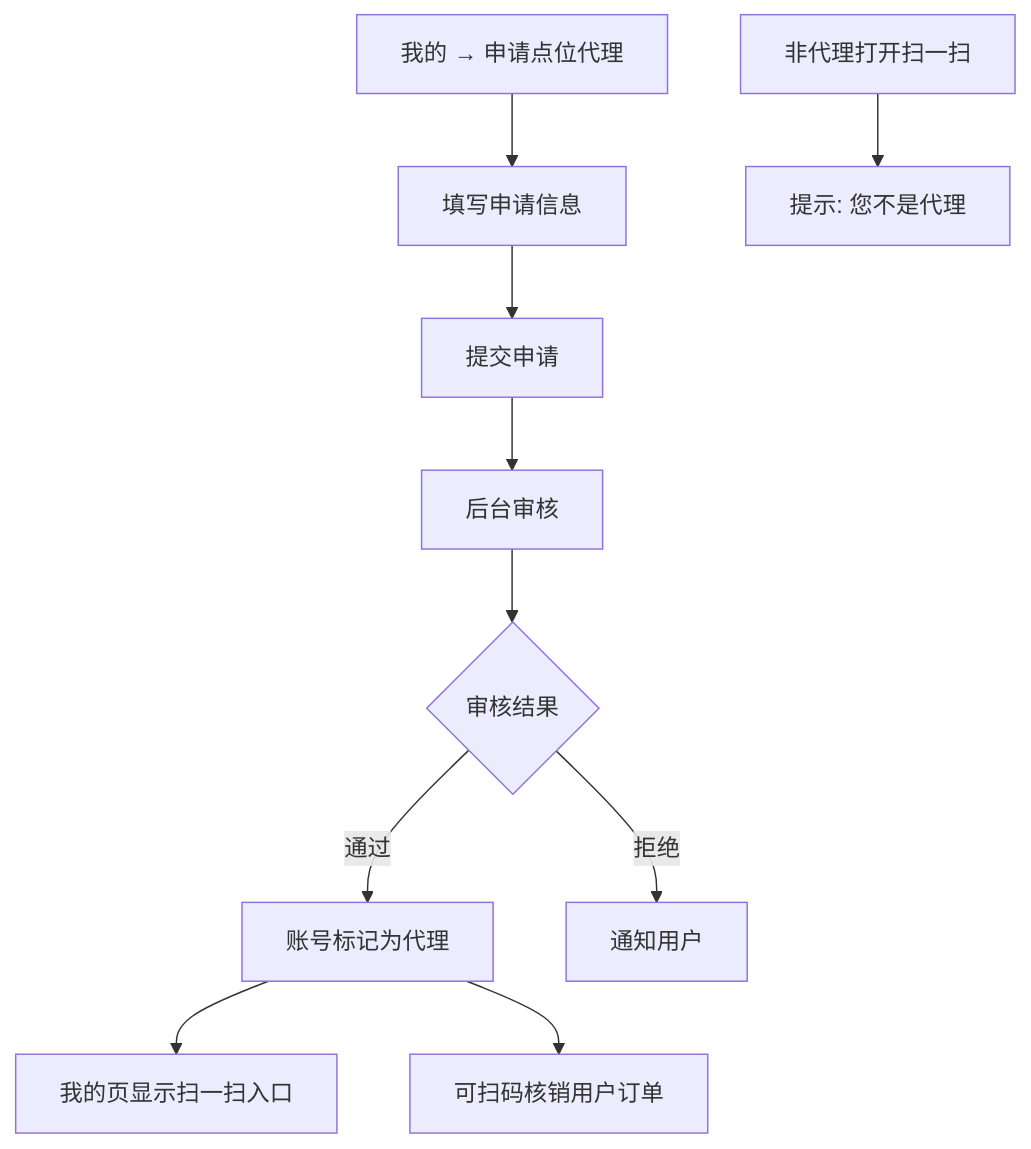
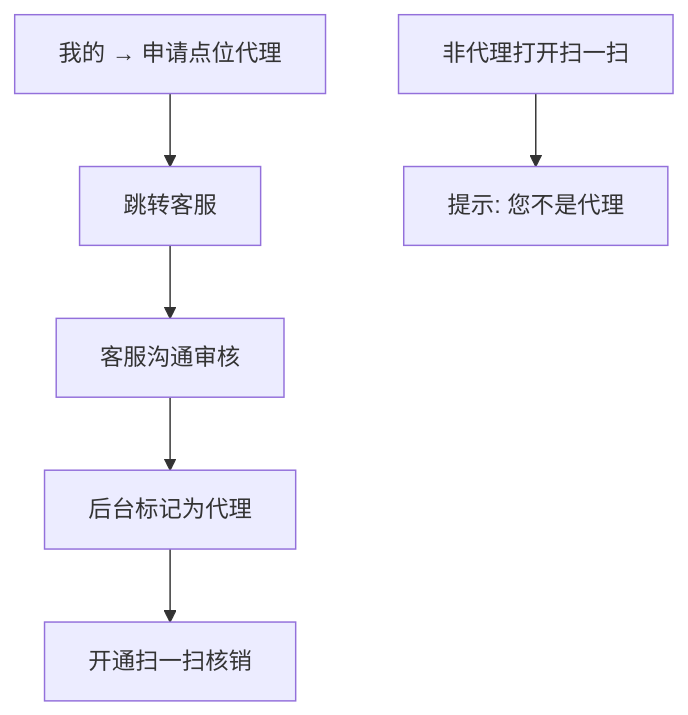
One commit to langrenyoyo/tgg_shop changed diagram 14 of 16 in 流程原型.md. Above: the diagram before and after it, drawn with Mermaid. The commit also changed other lines of this file and 26 other files, not shown here.

````diff
--- a/流程原型.md
+++ b/流程原型.md
@@ -498,13 +502,8 @@
 ```mermaid
 flowchart TD
-    A[我的 → 申请点位代理] --> B[填写申请信息]
-    B --> C[提交申请]
-    C --> D[后台审核]
-    D --> E{审核结果}
-    E -->|通过| F[账号标记为代理]
-    E -->|拒绝| G[通知用户]
-    F --> H[我的页显示扫一扫入口]
-    F --> I[可扫码核销用户订单]
-
-    J[非代理打开扫一扫] --> K[提示: 您不是代理]
+    A[我的 → 申请点位代理] --> B[跳转客服]
+    B --> C[客服沟通审核]
+    C --> D[后台标记为代理]
+    D --> E[开通扫一扫核销]
+    F[非代理打开扫一扫] --> G[提示: 您不是代理]
 ```
````
